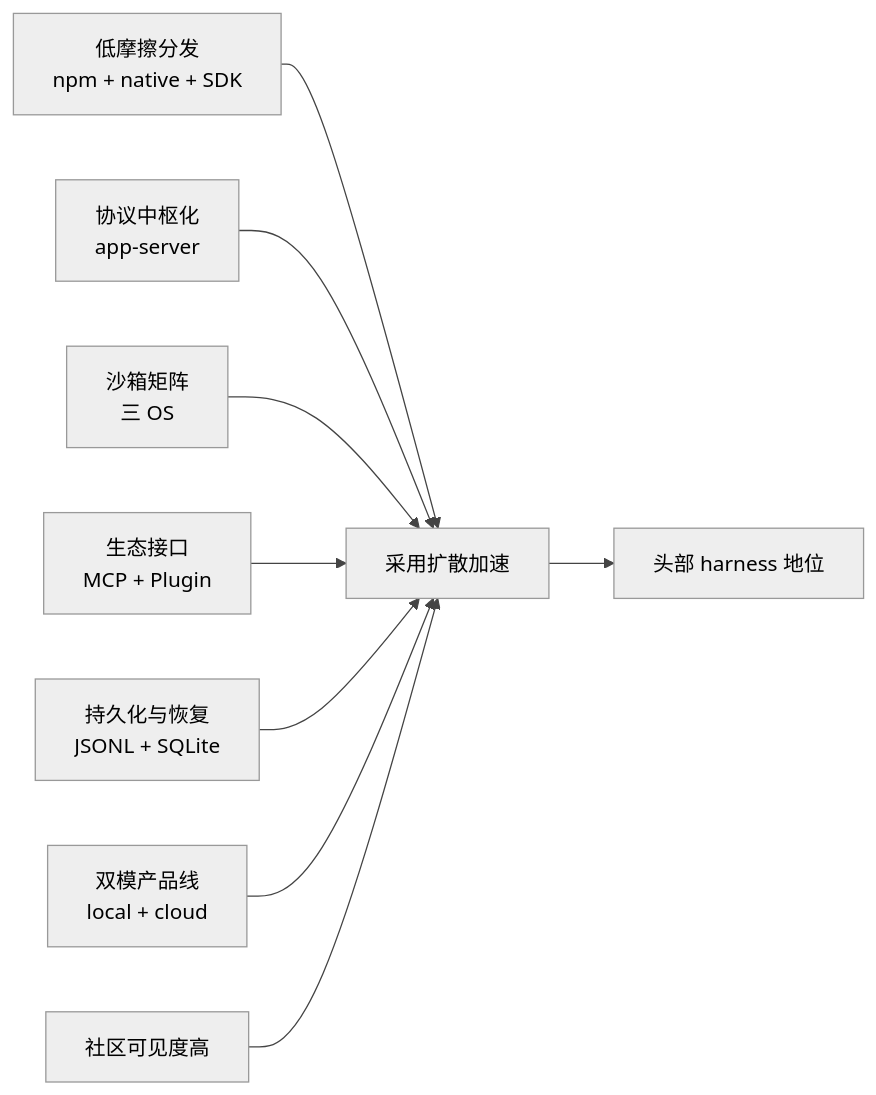
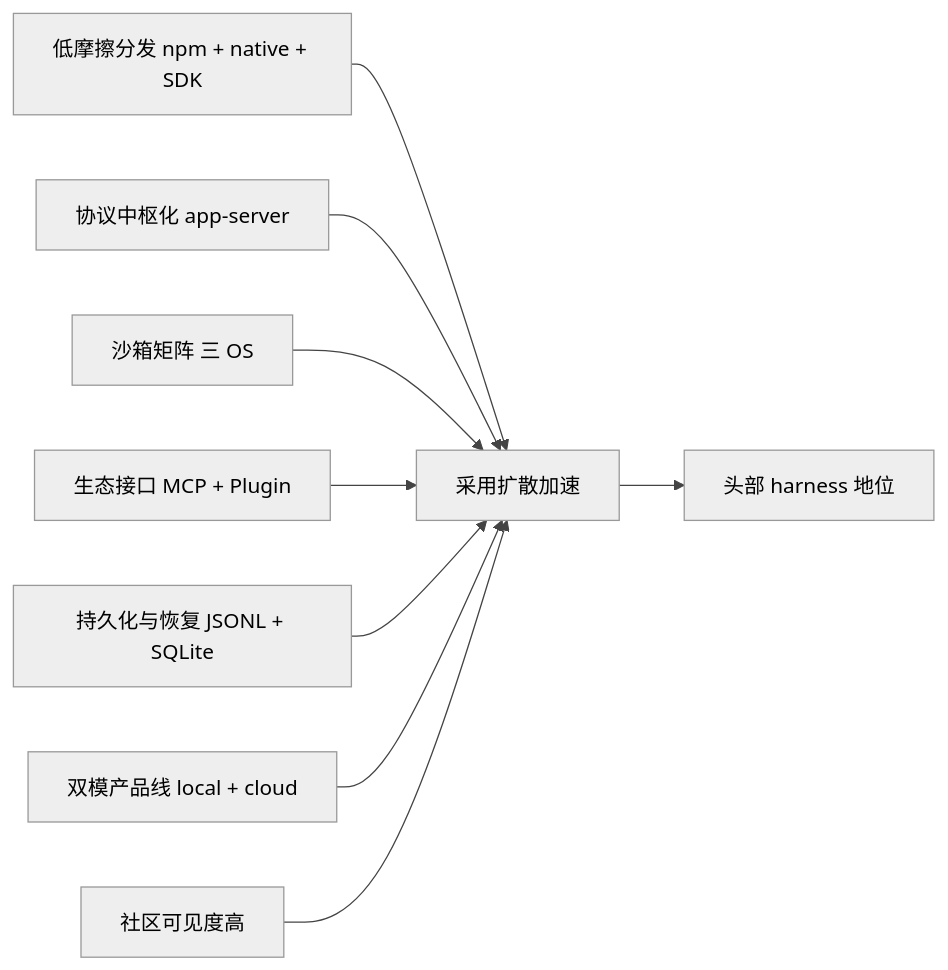
The sixth of 6 diagrams in 总纲-Codex技术主线分析.md (GLBB/codex-source-analysis), drawn with Mermaid before and after one commit. The commit also changed other lines of this file and 12 other files, not shown here.

````diff
--- a/总纲-Codex技术主线分析.md
+++ b/总纲-Codex技术主线分析.md
@@ -550,22 +575,22 @@
 ```mermaid
-%%{init: {"theme": "neutral", "themeVariables": {"background": "#ffffff","primaryColor": "#f5f5f5","primaryTextColor": "#000000","primaryBorderColor": "#333333","lineColor": "#444444","secondaryColor": "#f8f8f8","tertiaryColor": "#ffffff","edgeLabelBackground": "#ffffff","fontFamily": "Helvetica"}, "themeCSS": "svg { background: #ffffff !important; } .label, .nodeLabel, .edgeLabel, text { fill: #000000 !important; color: #000000 !important; }"}}%%
+%%{init:{'theme':'neutral','themeVariables':{'background':'#ffffff','primaryColor':'#f5f5f5','primaryTextColor':'#000000','primaryBorderColor':'#333333','lineColor':'#444444','secondaryColor':'#f8f8f8','tertiaryColor':'#ffffff','edgeLabelBackground':'#ffffff','fontFamily':'Helvetica'}}}%%
 flowchart LR
-  A[低摩擦分发<br/>npm + native + SDK]
-  B[协议中枢化<br/>app-server]
-  C[沙箱矩阵<br/>三 OS]
-  D[生态接口<br/>MCP + Plugin]
-  E[持久化与恢复<br/>JSONL + SQLite]
-  F[双模产品线<br/>local + cloud]
-  G[社区可见度高]
-  H[采用扩散加速]
-  I[头部 harness 地位]
+  A["低摩擦分发 npm + native + SDK"]
+  B["协议中枢化 app-server"]
+  C["沙箱矩阵 三 OS"]
+  D["生态接口 MCP + Plugin"]
+  E["持久化与恢复 JSONL + SQLite"]
+  F["双模产品线 local + cloud"]
+  G["社区可见度高"]
+  H["采用扩散加速"]
+  I["头部 harness 地位"]
 
   A --> H
   B --> H
   C --> H
   D --> H
   E --> H
   F --> H
   G --> H
   H --> I
 ```
````
